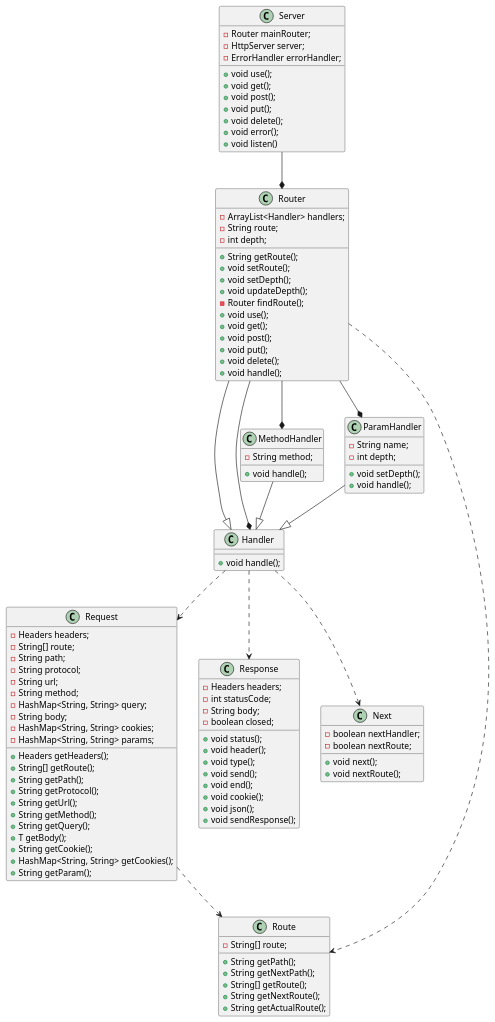
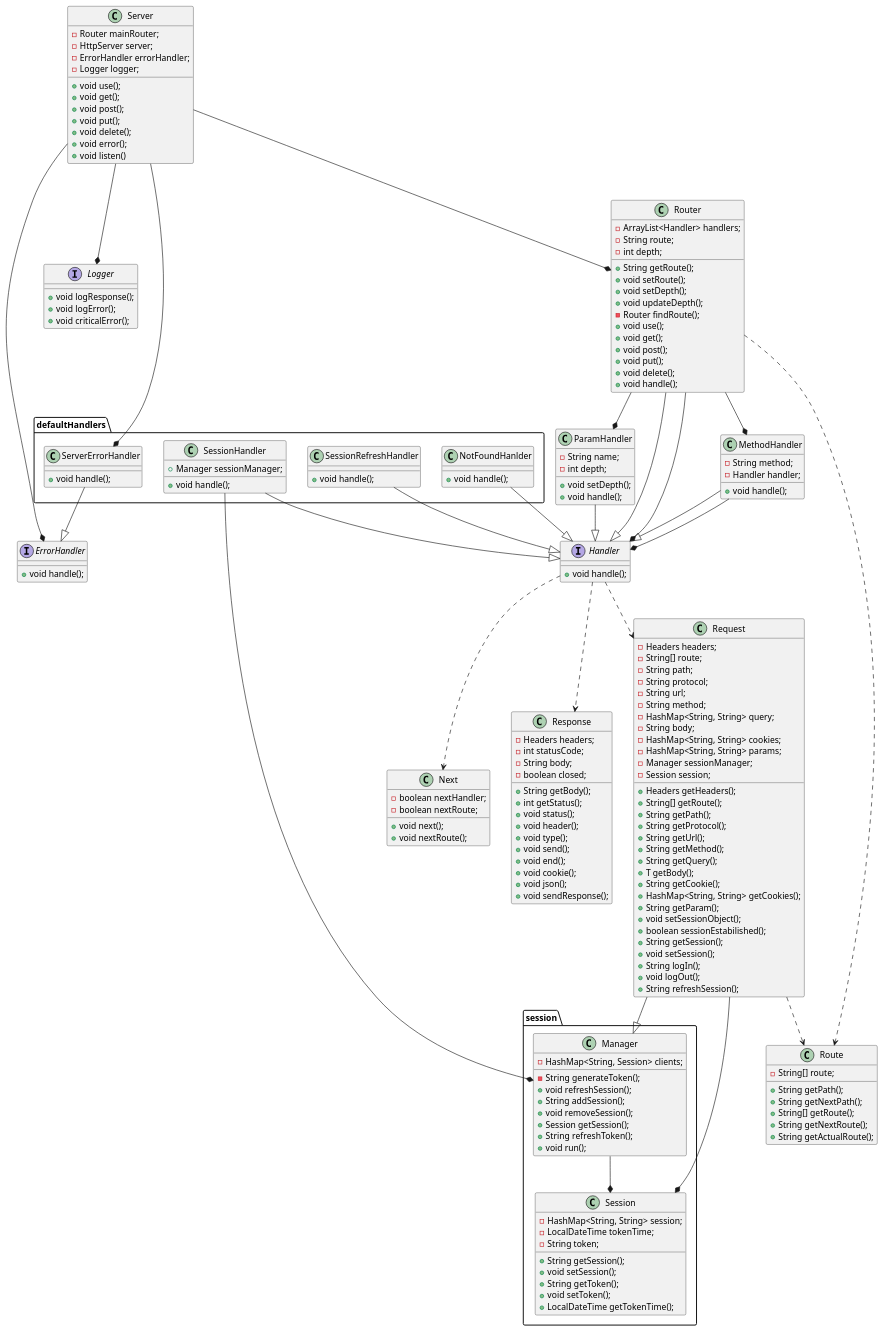
The diagram in docs/jexp.md (Mac14101/po2025), drawn with PlantUML before and after one commit. The commit also changed other lines of this file and 1 other file, not shown here.

Commit message:
docs: Uzupełnienie diagramu UML dla pakiety jexp

````diff
--- a/docs/jexp.md
+++ b/docs/jexp.md
@@ -74,6 +68,8 @@
     - String body;
     - HashMap<String, String> cookies;
     - HashMap<String, String> params;
+    - Manager sessionManager;
+    - Session session;
     + Headers getHeaders();
     + String[] getRoute();
     + String getPath();
@@ -85,12 +81,21 @@
     + String getCookie();
     + HashMap<String, String> getCookies();
     + String getParam();
+    + void setSessionObject();
+    + boolean sessionEstabilished();
+    + String getSession();
+    + void setSession();
+    + String logIn();
+    + void logOut();
+    + String refreshSession();
 }
 class Response{
    - Headers headers;
    - int statusCode;
    - String body;
    - boolean closed;
+   + String getBody();
+   + int getStatus();
    + void status();
    + void header(); 
    + void type();
@@ -106,11 +111,20 @@
    + void next();
    + void nextRoute();
 }
-class Handler{
+interface Handler{
     + void handle();
+}
+interface ErrorHandler{
+    + void handle();
+}
+interface Logger{
+    + void logResponse();
+    + void logError();
+    + void criticalError();
 }
 class MethodHandler{
     - String method;
+    - Handler handler;
     + void handle();
 }
 class ParamHandler{
@@ -139,6 +153,7 @@
     - Router mainRouter;
     - HttpServer server;
     - ErrorHandler errorHandler;
+    - Logger logger;
     + void use();
     + void get();
     + void post();
@@ -155,17 +170,68 @@
     + String getNextRoute();
     + String getActualRoute();
 }
+package "session"{
+class Session{
+    - HashMap<String, String> session;
+    - LocalDateTime tokenTime;
+    - String token;
+    + String getSession();
+    + void setSession();
+    + String getToken();
+    + void setToken();
+    + LocalDateTime getTokenTime();
+}
+class Manager{
+    - HashMap<String, Session> clients;
+    - String generateToken();
+    + void refreshSession();
+    + String addSession();
+    + void removeSession();
+    + Session getSession();
+    + String refreshToken();
+    + void run();
+}
+}
+package "defaultHandlers"{
+class NotFoundHanlder{
+    + void handle();
+}
+class ServerErrorHandler{
+    + void handle();
+}
+class SessionHandler{
+    + Manager sessionManager;
+    + void handle();
+}
+class SessionRefreshHandler{
+    + void handle();
+}
+}
 Handler..>Request
 Handler..>Response
 Handler..>Next
 Request..>Route
 Router..>Route
 MethodHandler--|>Handler
+MethodHandler--*Handler
 ParamHandler--|>Handler
 Router--|>Handler
 Router--*Handler
 Router--*MethodHandler
 Router--*ParamHandler
+Server--*ErrorHandler
+Server--*Logger
 Server--*Router
+Manager--*Session
+Request--|>Manager
+Request--*Session
+NotFoundHanlder--|>Handler
+SessionHandler--|>Handler
+SessionRefreshHandler--|>Handler
+SessionHandler--*Manager
+ServerErrorHandler--|>ErrorHandler
+Server--*ServerErrorHandler
+hide methods;
+hide members;
 @enduml
 ```
````
